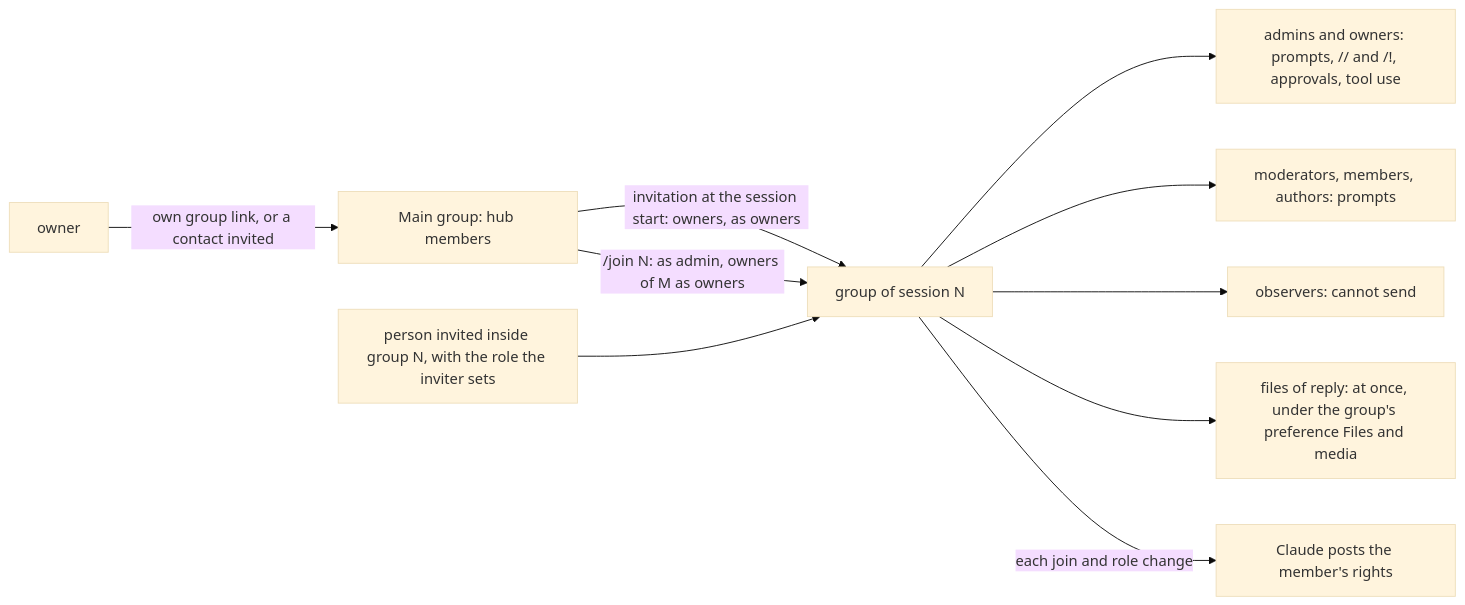
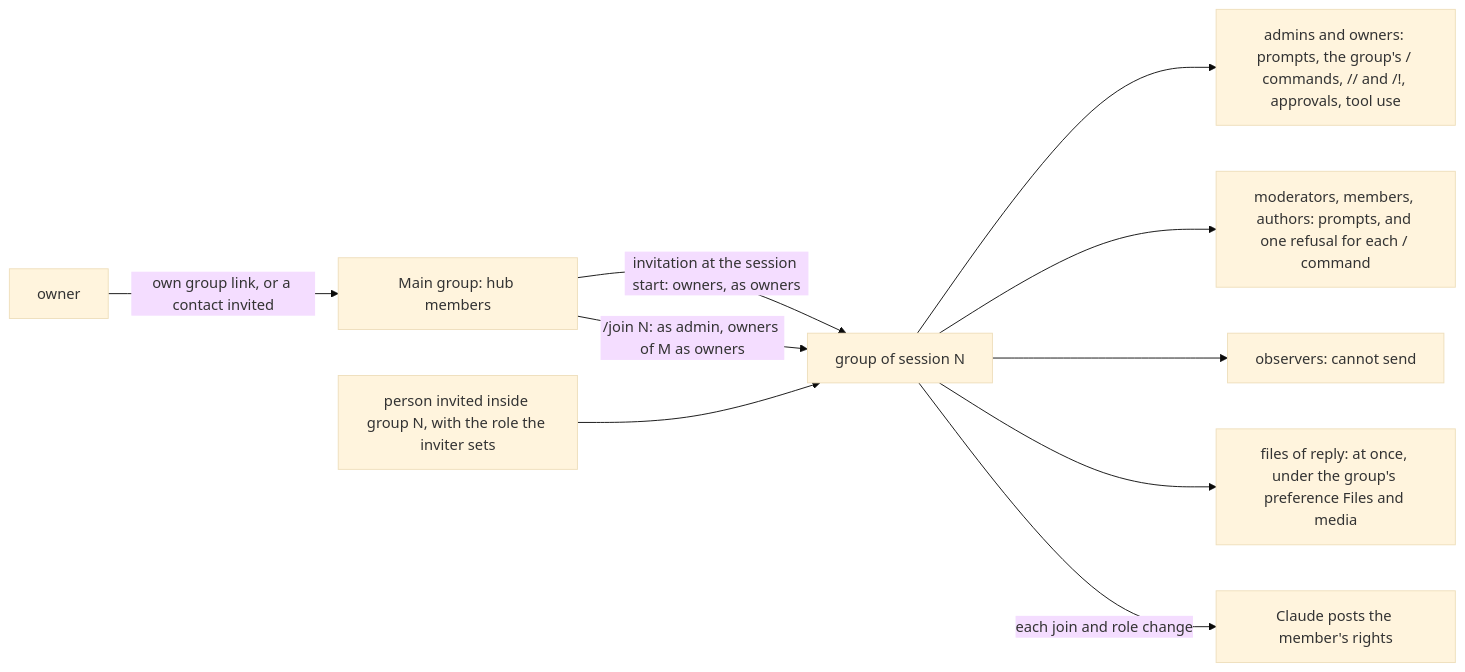
Before and after one commit to simplex-chat/simplex-chat: the sixth of 26 diagrams in plans/2026-11-07-mcp-claude-code-channel.md, drawn with Mermaid (base theme). The commit also changed other lines of this file, not shown here.

First line of the commit message:
plan: / commands from admins and owners, profile updates from the current profile

````diff
--- a/plans/2026-11-07-mcp-claude-code-channel.md
+++ b/plans/2026-11-07-mcp-claude-code-channel.md
@@ -344,12 +346,12 @@
 ```mermaid
 flowchart LR
   O[owner] -- own group link, or a contact invited --> M[Main group: hub members]
   M -- invitation at the session start: owners, as owners --> G[group of session N]
   M -- /join N: as admin, owners of M as owners --> G
   X[person invited inside group N, with the role the inviter sets] --> G
-  G --> A[admins and owners: prompts, // and /!, approvals, tool use]
-  G --> P[moderators, members, authors: prompts]
+  G --> A[admins and owners: prompts, the group's / commands, // and /!, approvals, tool use]
+  G --> P[moderators, members, authors: prompts, and one refusal for each / command]
   G --> Q[observers: cannot send]
   G --> F[files of reply: at once, under the group's preference Files and media]
   G -- each join and role change --> R[Claude posts the member's rights]
 ```
````
